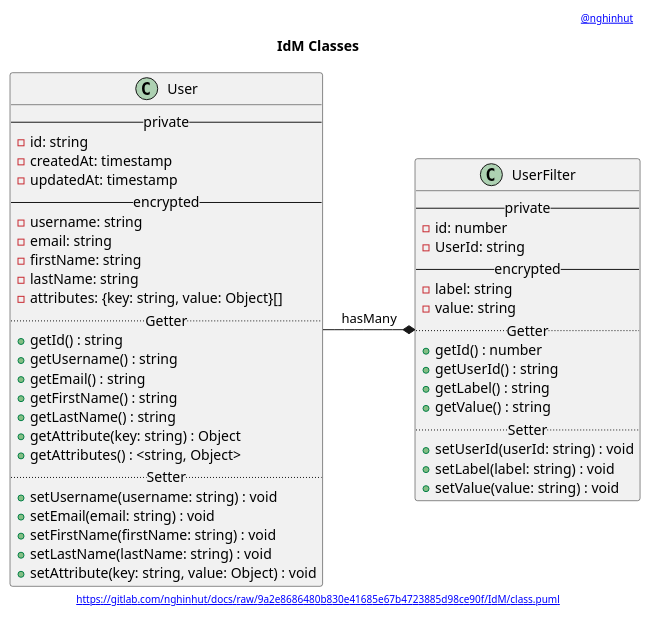
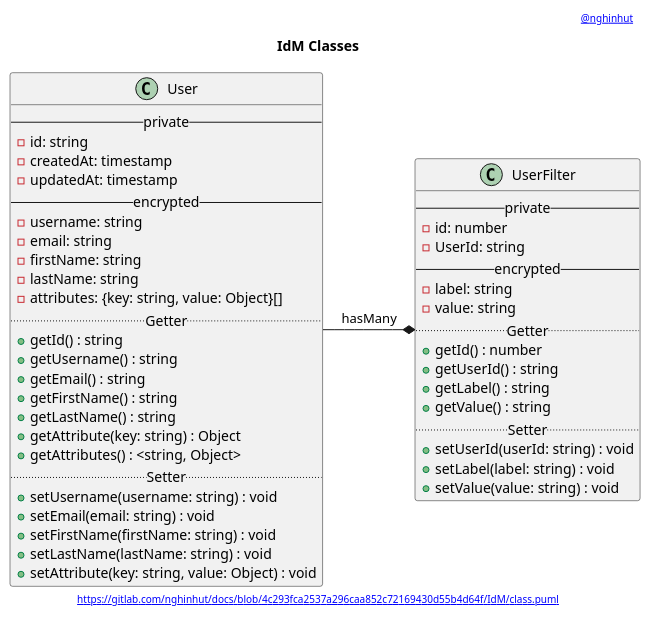
The diagram in IdM/class.puml (nghinhut/docs), drawn with PlantUML before and after one commit. The commit also changed 18 other files, not shown here.

Commit message:
Update diagrams

```diff
--- a/IdM/class.puml
+++ b/IdM/class.puml
@@ -1,56 +1,56 @@
 @startuml
 '-----START auto generated metadata please keep comment here to allow auto update-----
 '-----DON'T EDIT THIS SECTION, INSTEAD RE-RUN prebuild.sh TO UPDATE-----
 header [[mailto:nghinhut@gmail.com @nghinhut]]
-footer [[https://gitlab.com/nghinhut/docs/raw/9a2e8686480b830e41685e67b4723885d98ce90f/IdM/class.puml]]
+footer [[https://gitlab.com/nghinhut/docs/blob/4c293fca2537a296caa852c72169430d55b4d64f/IdM/class.puml]]
 '-----END auto generated metadata please keep comment here to allow auto update-----
 title IdM Classes
 
 class "User" as user {
     -- private --
     - id: string
     - createdAt: timestamp
     - updatedAt: timestamp
     -- encrypted --
     - username: string
     - email: string
     - firstName: string
     - lastName: string
     - attributes: {key: string, value: Object}[]
     .. Getter ..
     + getId() : string
     + getUsername() : string
     + getEmail() : string
     + getFirstName() : string
     + getLastName() : string
     + getAttribute(key: string) : Object
     + getAttributes() : <string, Object>
     .. Setter ..
     + setUsername(username: string) : void
     + setEmail(email: string) : void
     + setFirstName(firstName: string) : void
     + setLastName(lastName: string) : void
     + setAttribute(key: string, value: Object) : void
 }
 
 class "UserFilter" as user_filter {
     -- private --
     - id: number
     - UserId: string
     -- encrypted --
     - label: string
     - value: string
     .. Getter ..
     + getId() : number
     + getUserId() : string
     + getLabel() : string
     + getValue() : string
     .. Setter ..
     + setUserId(userId: string) : void
     + setLabel(label: string) : void
     + setValue(value: string) : void
 }
 
 user -* user_filter : hasMany
 
 @enduml
```
